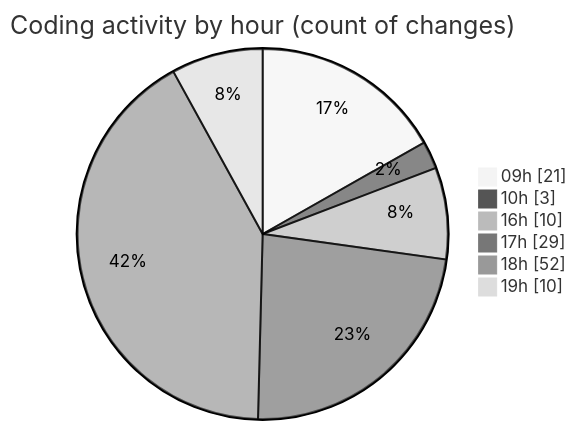
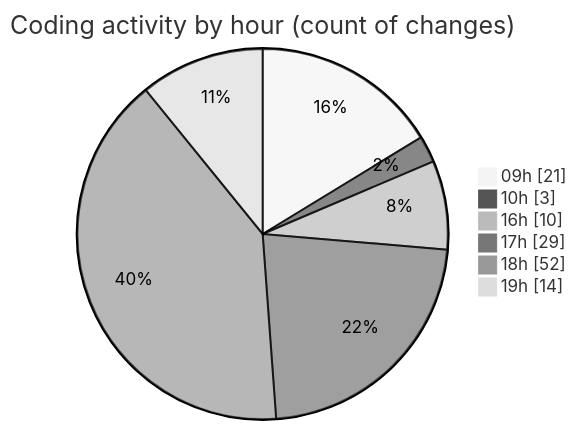
One commit to momahboobian/code-tracking changed the second of 2 diagrams in 2025-12-17/cda/README.md. Above: the diagram before and after it, drawn with Mermaid (neutral theme). The commit also changed other lines of this file and 1 other file, not shown here.

````diff
--- a/2025-12-17/cda/README.md
+++ b/2025-12-17/cda/README.md
@@ -66,10 +67,10 @@
 ```mermaid
 pie showData
 title Coding activity by hour (count of changes)
 "09h" : 21
 "10h" : 3
 "16h" : 10
 "17h" : 29
 "18h" : 52
-"19h" : 10
+"19h" : 14
 ```
````
